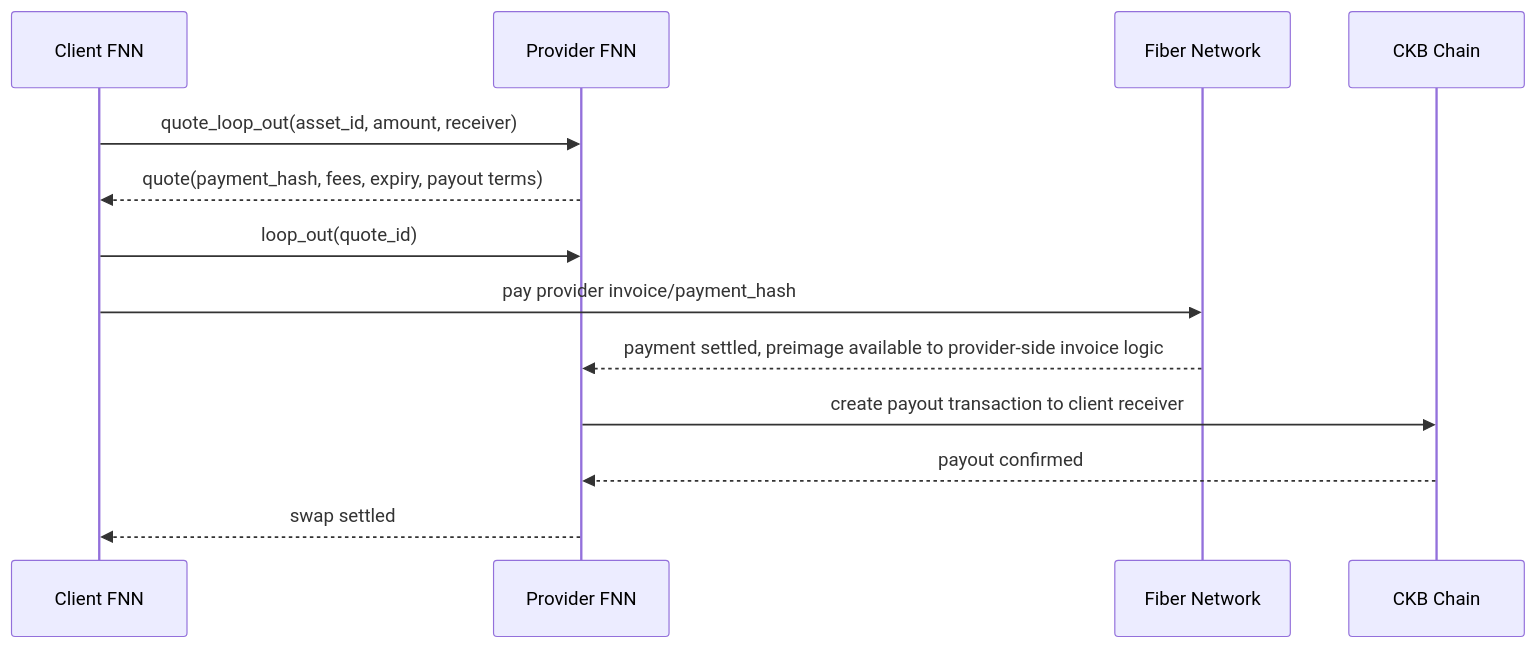
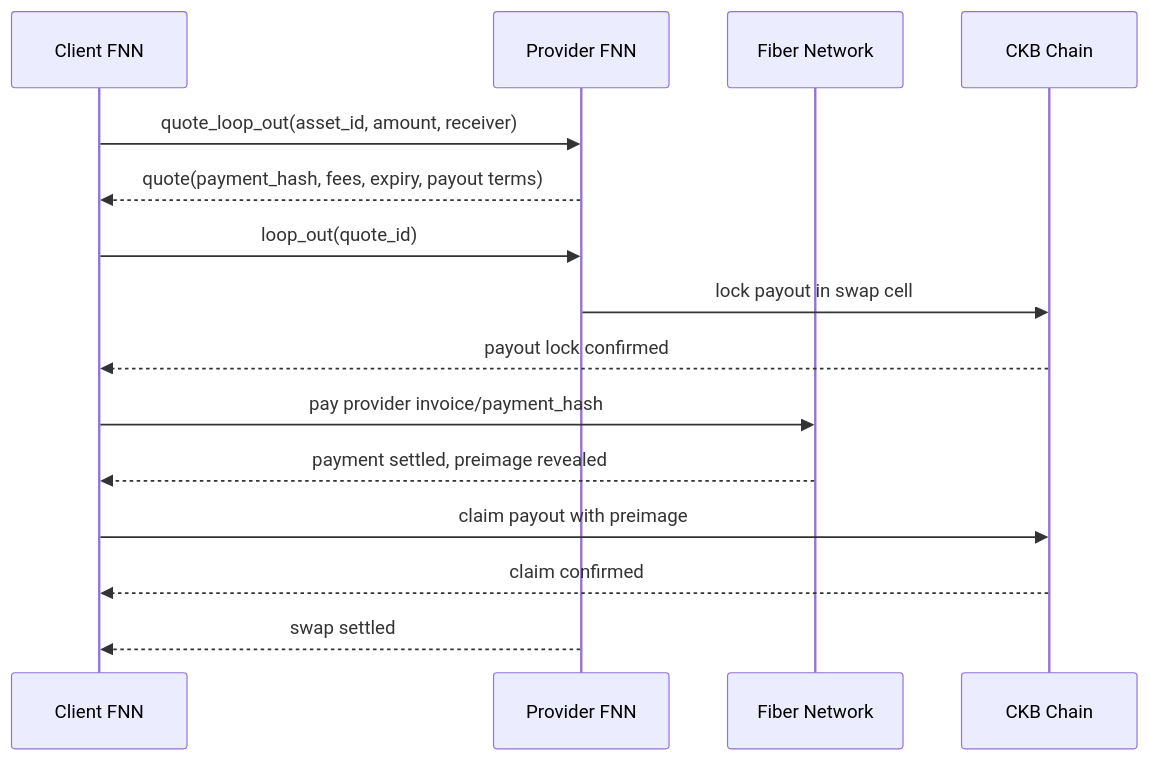
The first of 3 diagrams in docs/specs/liquidity-management.md (nervosnetwork/fiber), drawn with Mermaid before and after one commit. The commit also changed other lines of this file and 2 other files, not shown here.

````diff
--- a/docs/specs/liquidity-management.md
+++ b/docs/specs/liquidity-management.md
@@ -85,16 +126,18 @@
 ```mermaid
 sequenceDiagram
     participant C as Client FNN
     participant P as Provider FNN
     participant F as Fiber Network
     participant L as CKB Chain
 
     C->>P: quote_loop_out(asset_id, amount, receiver)
     P-->>C: quote(payment_hash, fees, expiry, payout terms)
     C->>P: loop_out(quote_id)
+    P->>L: lock payout in swap cell
+    L-->>C: payout lock confirmed
     C->>F: pay provider invoice/payment_hash
-    F-->>P: payment settled, preimage available to provider-side invoice logic
-    P->>L: create payout transaction to client receiver
-    L-->>P: payout confirmed
+    F-->>C: payment settled, preimage revealed
+    C->>L: claim payout with preimage
+    L-->>C: claim confirmed
     P-->>C: swap settled
 ```
````
